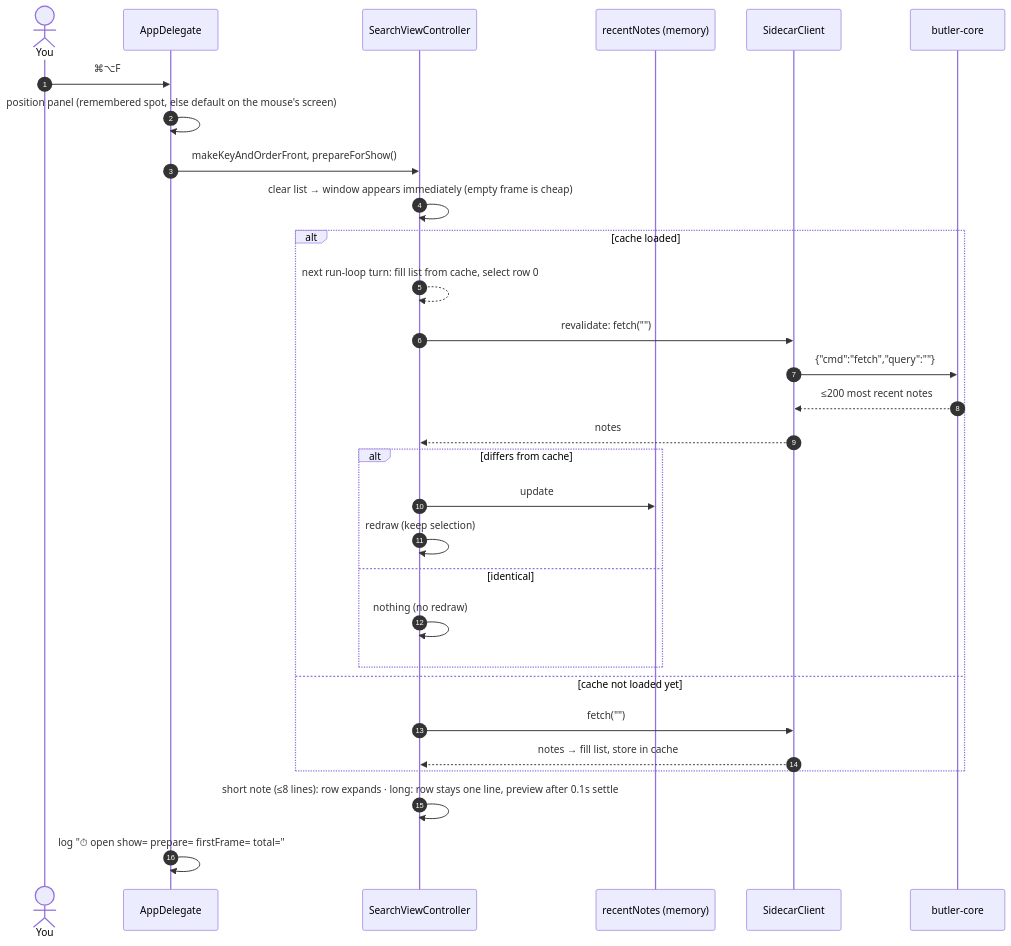
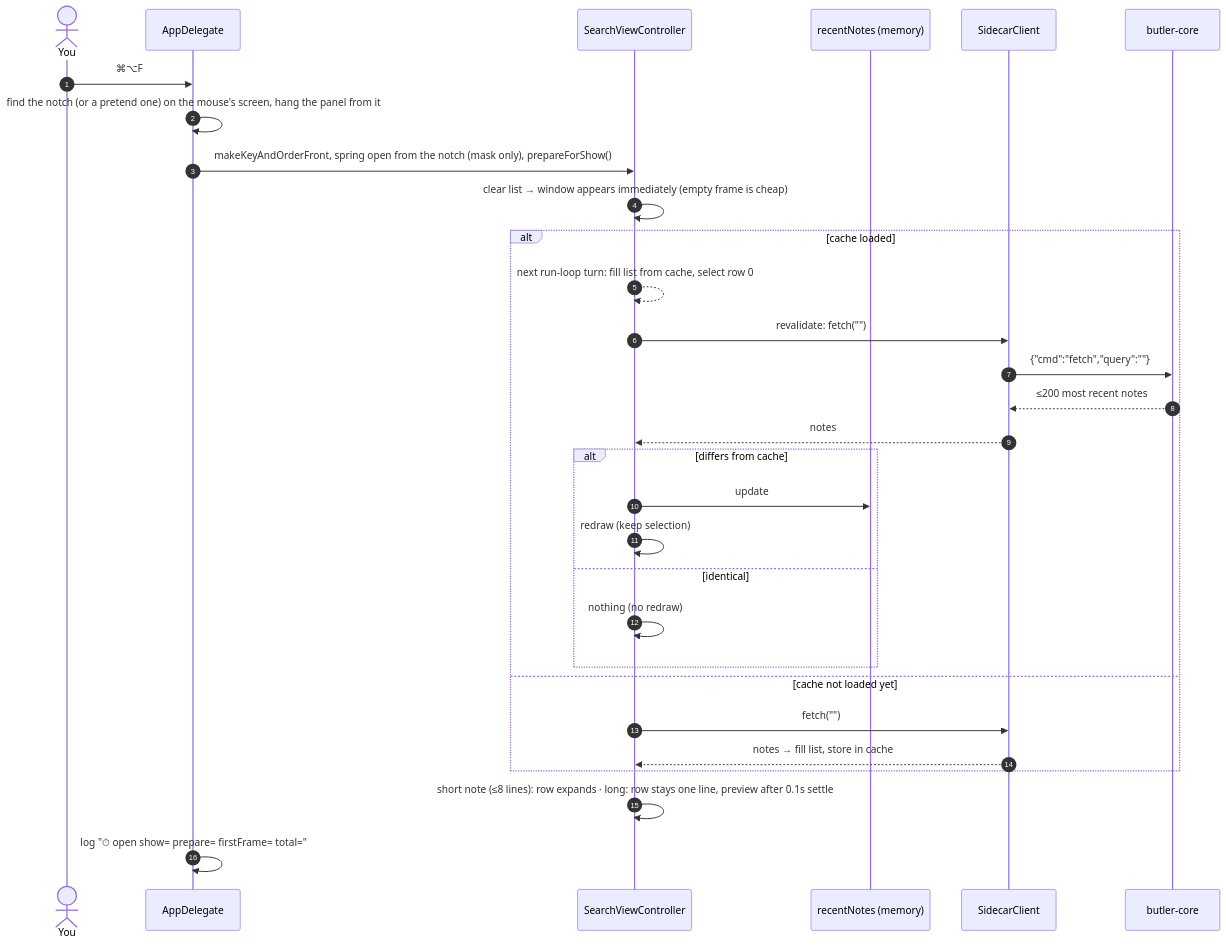
One commit to Rishabh-Hupr/note-taking changed the second of 12 diagrams in DATA_FLOW.md. Above: the diagram before and after it, drawn with Mermaid. The commit also changed other lines of this file and 4 other files, not shown here.

````diff
--- a/DATA_FLOW.md
+++ b/DATA_FLOW.md
@@ -78,33 +78,33 @@
 ```mermaid
 sequenceDiagram
     autonumber
     actor You
     participant AD as AppDelegate
     participant SV as SearchViewController
     participant C as recentNotes (memory)
     participant SC as SidecarClient
     participant BE as butler-core
 
     You->>AD: ⌘⌥F
-    AD->>AD: position panel (remembered spot, else default on the mouse's screen)
-    AD->>SV: makeKeyAndOrderFront, prepareForShow()
+    AD->>AD: find the notch (or a pretend one) on the mouse's screen, hang the panel from it
+    AD->>SV: makeKeyAndOrderFront, spring open from the notch (mask only), prepareForShow()
     SV->>SV: clear list → window appears immediately (empty frame is cheap)
     alt cache loaded
         SV-->>SV: next run-loop turn: fill list from cache, select row 0
         SV->>SC: revalidate: fetch("")
         SC->>BE: {"cmd":"fetch","query":""}
         BE-->>SC: ≤200 most recent notes
         SC-->>SV: notes
         alt differs from cache
             SV->>C: update
             SV->>SV: redraw (keep selection)
         else identical
             SV->>SV: nothing (no redraw)
         end
     else cache not loaded yet
         SV->>SC: fetch("")
         SC-->>SV: notes → fill list, store in cache
     end
     SV->>SV: short note (≤8 lines): row expands · long: row stays one line, preview after 0.1s settle
     AD->>AD: log "⏱ open show= prepare= firstFrame= total="
 ```
````
